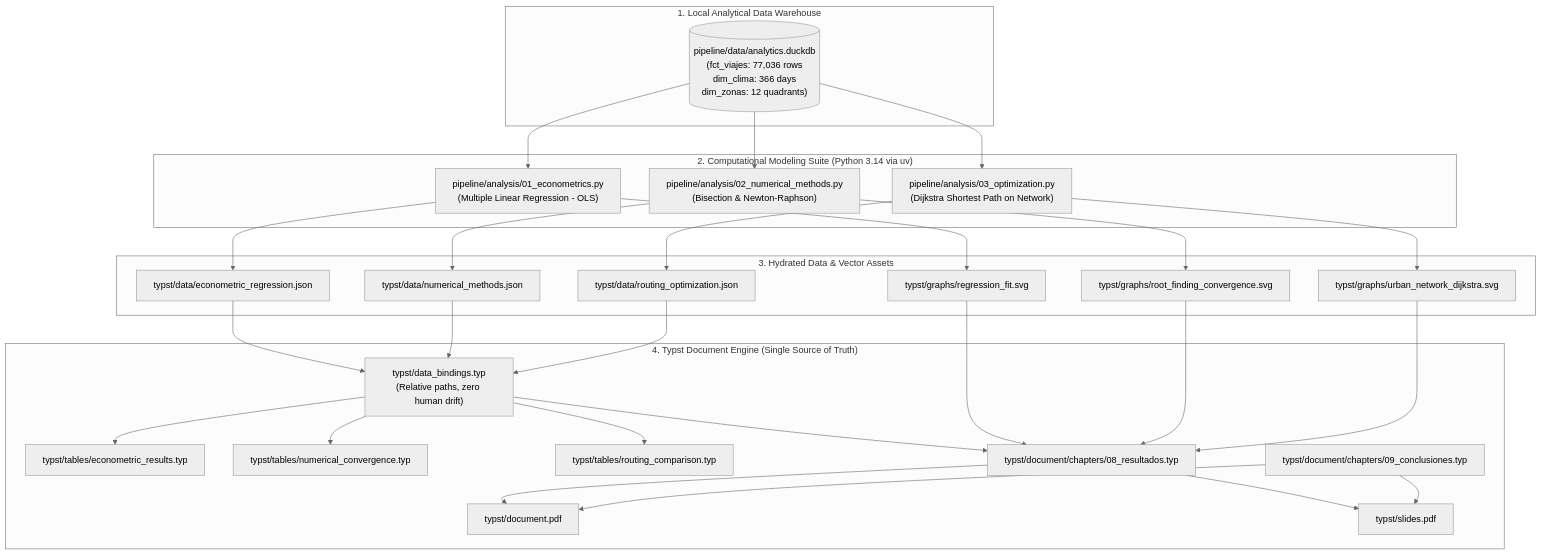
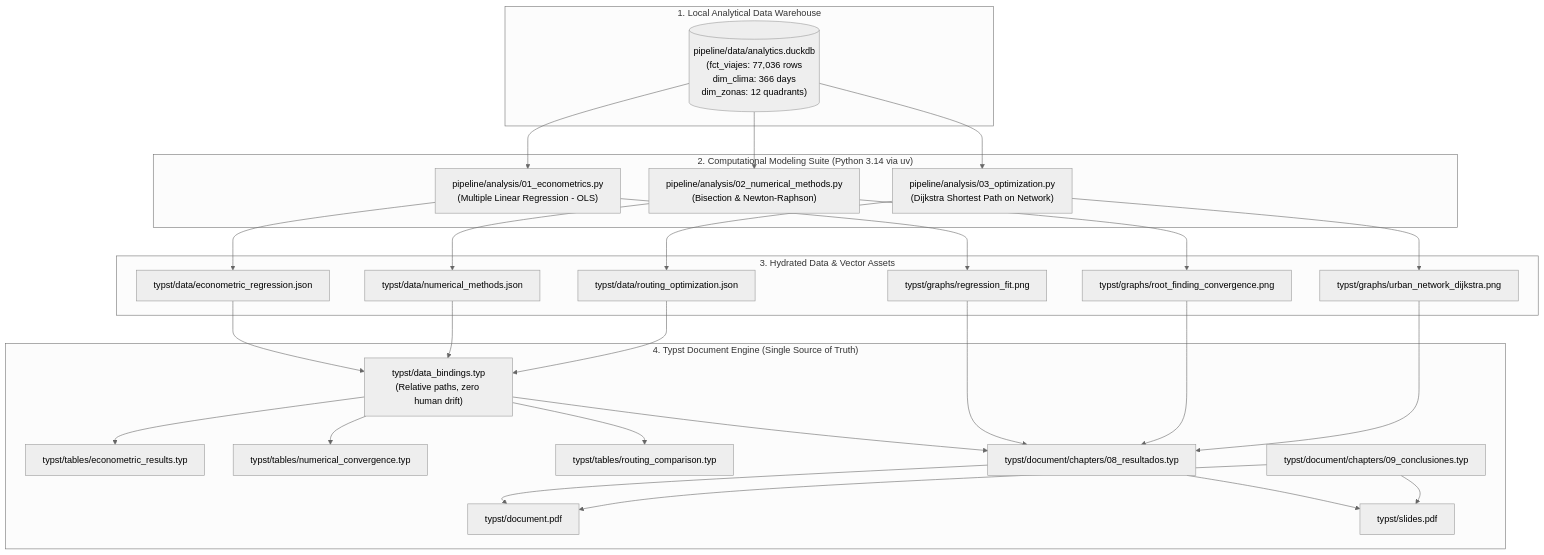
One commit to vect-maker/integrador-four changed the first of 2 diagrams in doc/paper_completion_roadmap.md. Above: the diagram before and after it, drawn with Mermaid (neutral theme). The commit also changed 6 other files, not shown here.

````diff
--- a/doc/paper_completion_roadmap.md
+++ b/doc/paper_completion_roadmap.md
@@ -26,42 +26,42 @@
 ```mermaid
 flowchart TD
     subgraph S1["1. Local Analytical Data Warehouse"]
         DuckDB[("pipeline/data/analytics.duckdb<br/>(fct_viajes: 77,036 rows<br/>dim_clima: 366 days<br/>dim_zonas: 12 quadrants)")]
     end
 
     subgraph S2["2. Computational Modeling Suite (Python 3.14 via uv)"]
         P1["pipeline/analysis/01_econometrics.py<br/>(Multiple Linear Regression - OLS)"]
         P2["pipeline/analysis/02_numerical_methods.py<br/>(Bisection & Newton-Raphson)"]
         P3["pipeline/analysis/03_optimization.py<br/>(Dijkstra Shortest Path on Network)"]
     end
 
     subgraph S3["3. Hydrated Data & Vector Assets"]
         J1["typst/data/econometric_regression.json"]
         J2["typst/data/numerical_methods.json"]
         J3["typst/data/routing_optimization.json"]
-        G1["typst/graphs/regression_fit.svg"]
-        G2["typst/graphs/root_finding_convergence.svg"]
-        G3["typst/graphs/urban_network_dijkstra.svg"]
+        G1["typst/graphs/regression_fit.png"]
+        G2["typst/graphs/root_finding_convergence.png"]
+        G3["typst/graphs/urban_network_dijkstra.png"]
     end
 
     subgraph S4["4. Typst Document Engine (Single Source of Truth)"]
         Bindings["typst/data_bindings.typ<br/>(Relative paths, zero human drift)"]
         T1["typst/tables/econometric_results.typ"]
         T2["typst/tables/numerical_convergence.typ"]
         T3["typst/tables/routing_comparison.typ"]
         C8["typst/document/chapters/08_resultados.typ"]
         C9["typst/document/chapters/09_conclusiones.typ"]
         DocPDF["typst/document.pdf"]
         SlidesPDF["typst/slides.pdf"]
     end
 
     DuckDB --> P1 & P2 & P3
     P1 --> J1 & G1
     P2 --> J2 & G2
     P3 --> J3 & G3
     J1 & J2 & J3 --> Bindings
     Bindings --> T1 & T2 & T3 & C8
     G1 & G2 & G3 --> C8
     C8 & C9 --> DocPDF
     C8 & C9 --> SlidesPDF
 ```
````
